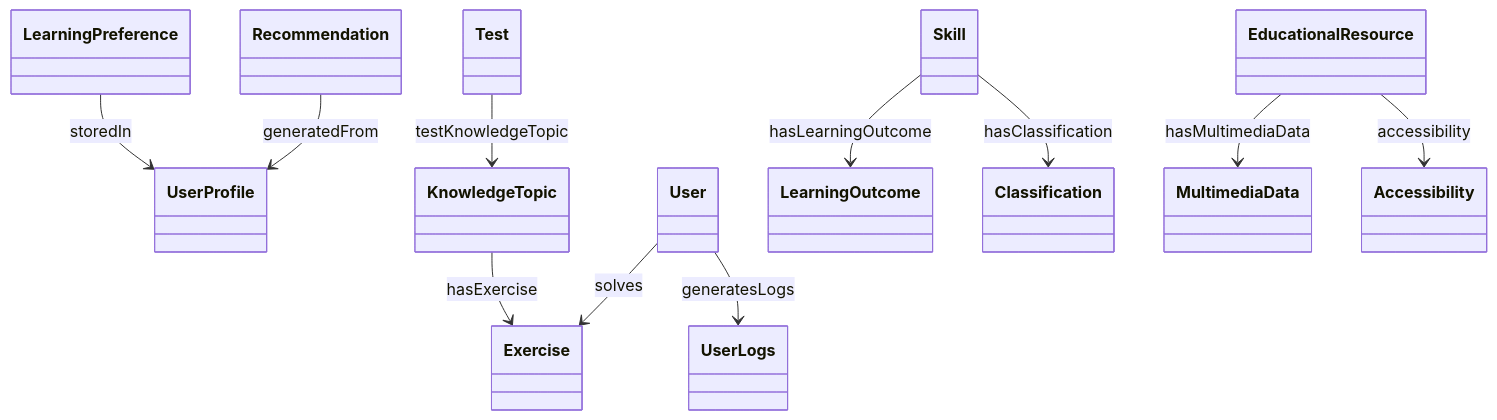
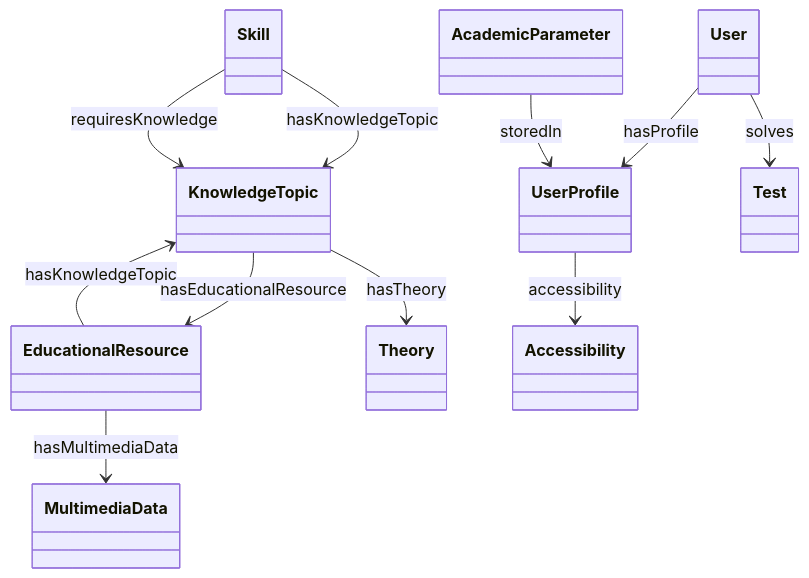
The diagram in output/ieswc_freq/educor.ttl-freq-5-10.md (oeg-upm/Devos), drawn with Mermaid before and after one commit. The commit also changed 206 other files, not shown here.

````diff
--- a/output/ieswc_freq/educor.ttl-freq-5-10.md
+++ b/output/ieswc_freq/educor.ttl-freq-5-10.md
@@ -1,47 +1,47 @@
 ```mermaid
 	classDiagram
 
     
     class KnowledgeTopic {
     
     }
 
     class EducationalResource {
     
     }
 
     class UserProfile {
     
     }
 
     class User {
     
     }
 
     class Skill {
     
     }
 
 
 
-User  --> UserLogs   :generatesLogs  
+KnowledgeTopic  --> EducationalResource   :hasEducationalResource  
 
-EducationalResource  --> Accessibility   :accessibility  
+EducationalResource  --> KnowledgeTopic   :hasKnowledgeTopic  
 
-Recommendation  --> UserProfile   :generatedFrom  
+Skill  --> KnowledgeTopic   :hasKnowledgeTopic  
 
-User  --> Exercise   :solves  
+User  --> UserProfile   :hasProfile  
 
-KnowledgeTopic  --> Exercise   :hasExercise  
+Skill  --> KnowledgeTopic   :requiresKnowledge  
 
-Test  --> KnowledgeTopic   :testKnowledgeTopic  
+KnowledgeTopic  --> Theory   :hasTheory  
 
-LearningPreference  --> UserProfile   :storedIn  
-
-Skill  --> Classification   :hasClassification  
-
-Skill  --> LearningOutcome   :hasLearningOutcome  
+AcademicParameter  --> UserProfile   :storedIn  
 
 EducationalResource  --> MultimediaData   :hasMultimediaData  
 
+User  --> Test   :solves  
+
+UserProfile  --> Accessibility   :accessibility  
+
 ```
````
